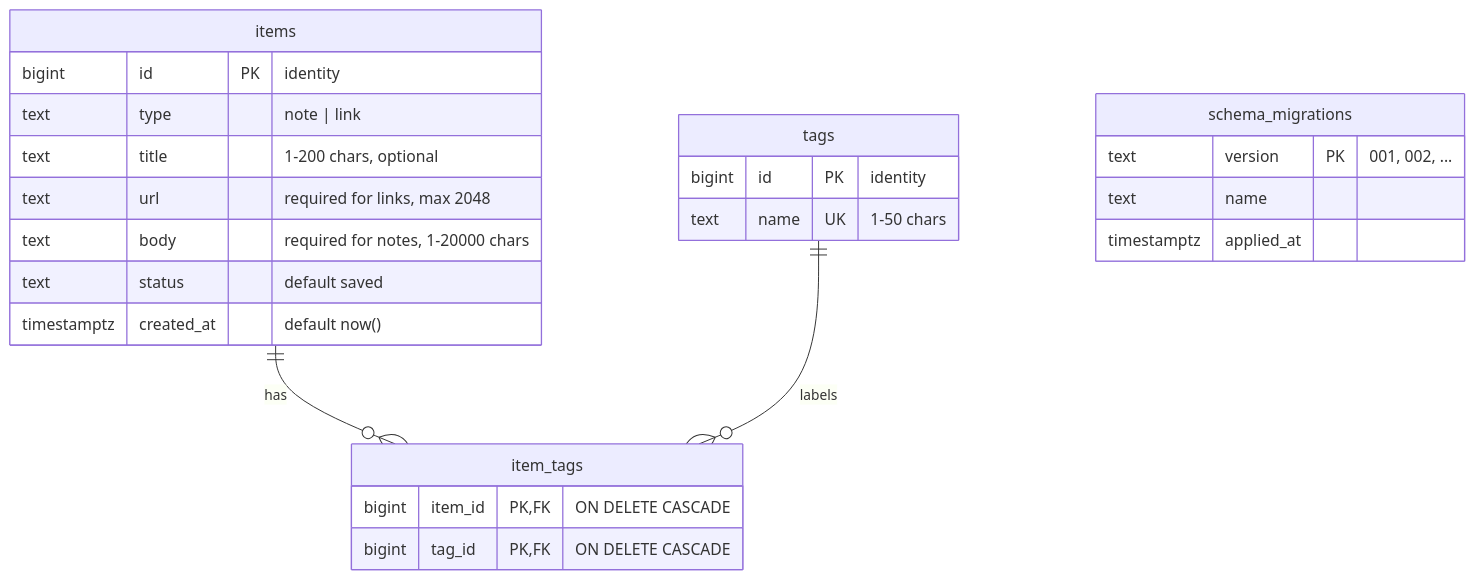
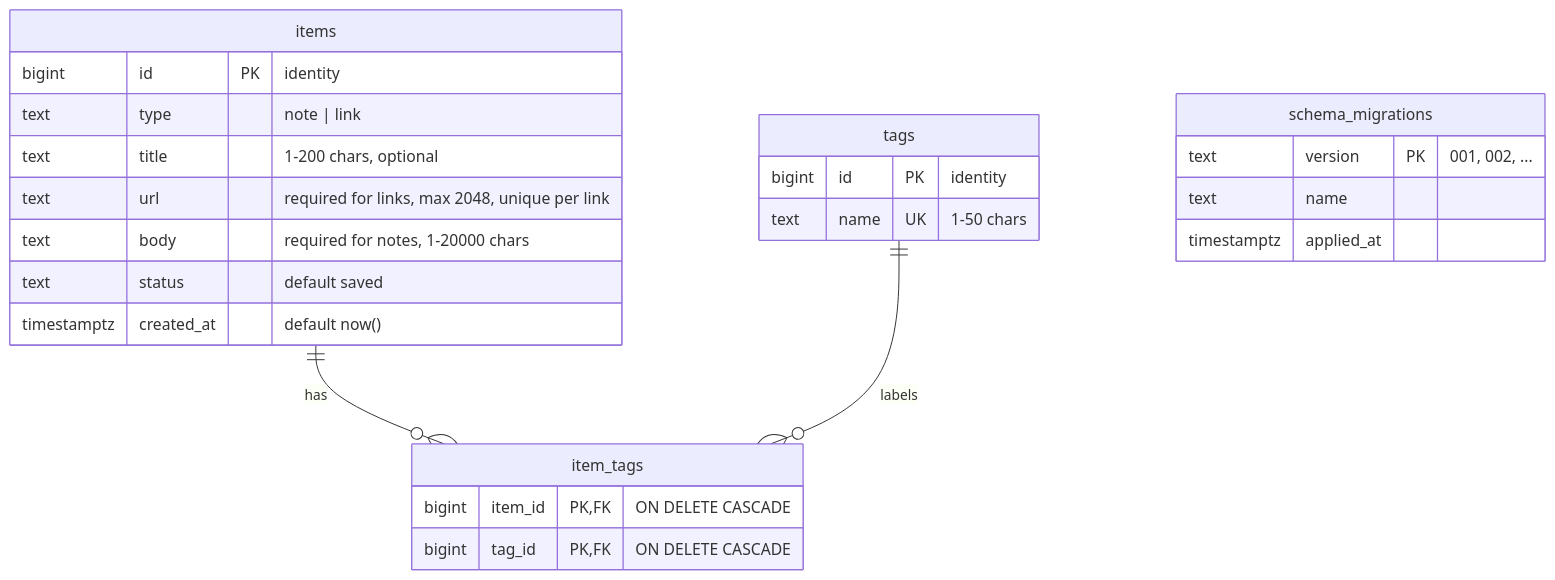
Before and after one commit to sxnfer/mind-dump: the diagram in docs/schema.md, drawn with Mermaid. The commit also changed other lines of this file and 6 other files, not shown here.

````diff
--- a/docs/schema.md
+++ b/docs/schema.md
@@ -7,28 +7,28 @@
 ```mermaid
 erDiagram
     items ||--o{ item_tags : "has"
     tags  ||--o{ item_tags : "labels"
 
     items {
         bigint      id PK "identity"
         text        type "note | link"
         text        title "1-200 chars, optional"
-        text        url "required for links, max 2048"
+        text        url "required for links, max 2048, unique per link"
         text        body "required for notes, 1-20000 chars"
         text        status "default saved"
         timestamptz created_at "default now()"
     }
     tags {
         bigint id PK "identity"
         text   name UK "1-50 chars"
     }
     item_tags {
         bigint item_id PK, FK "ON DELETE CASCADE"
         bigint tag_id  PK, FK "ON DELETE CASCADE"
     }
     schema_migrations {
         text        version PK "001, 002, ..."
         text        name
         timestamptz applied_at
     }
 ```
````
